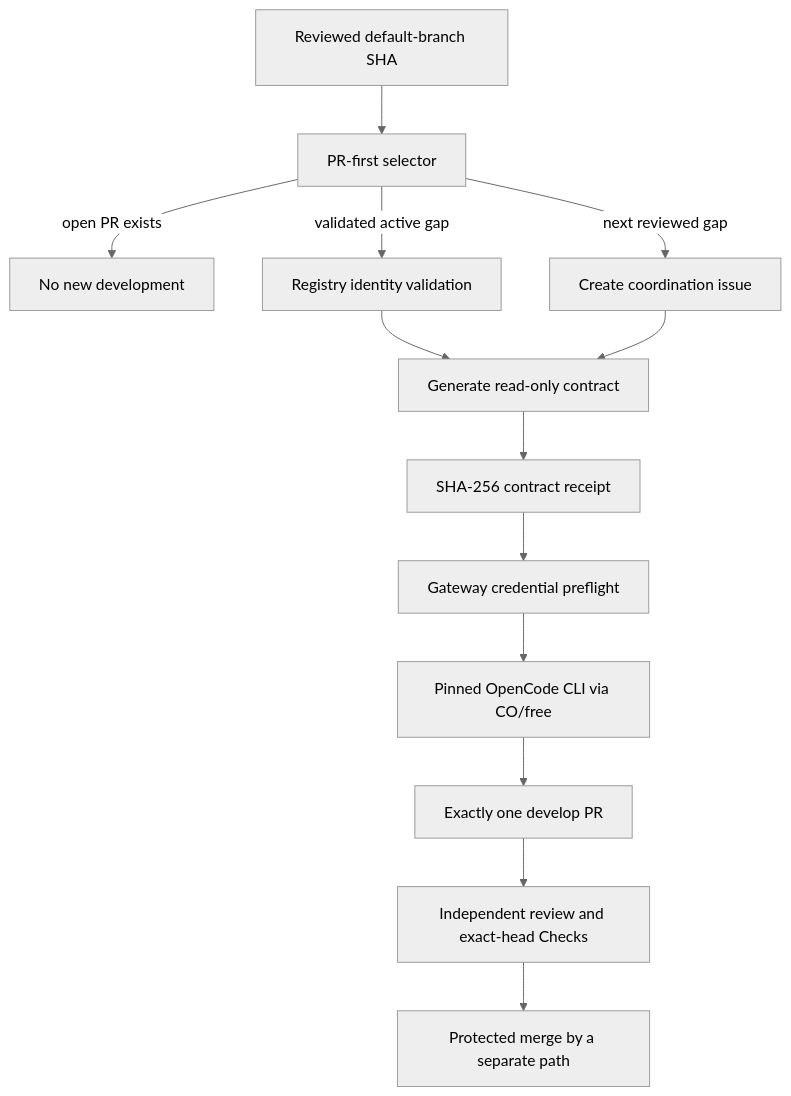
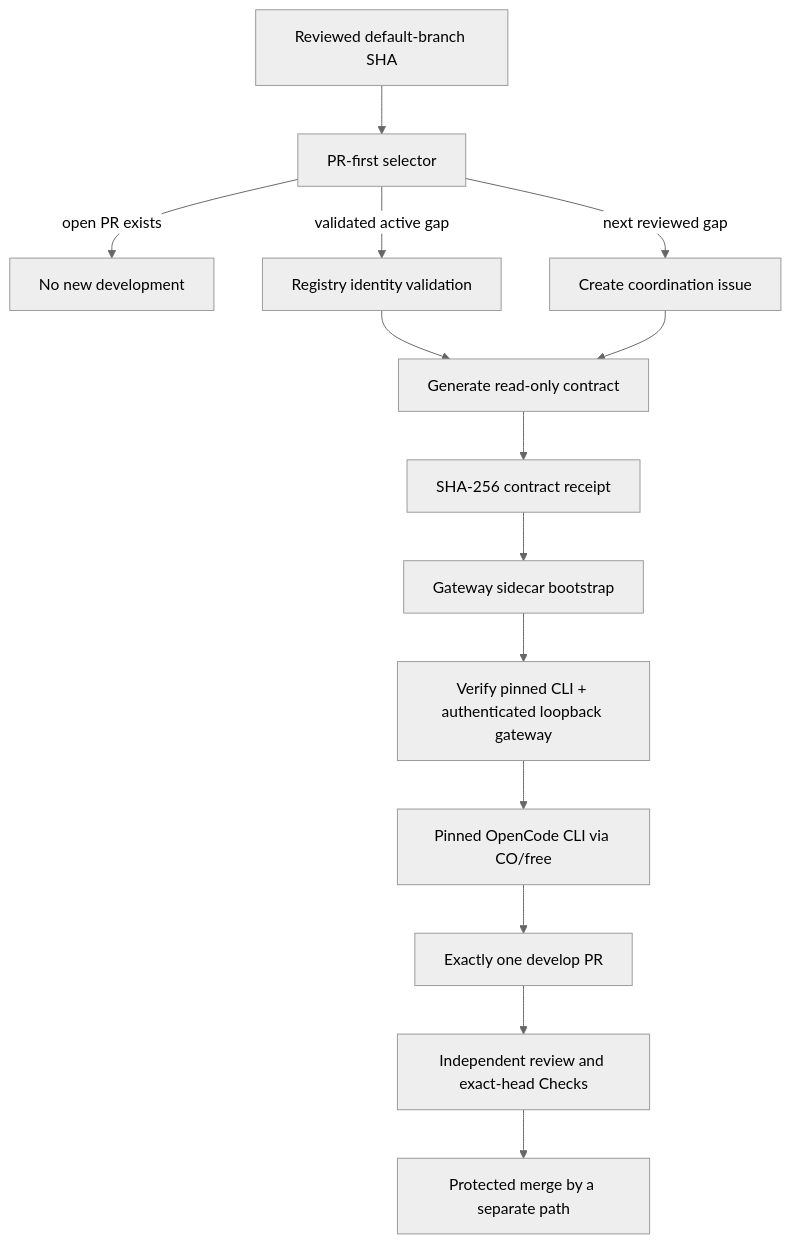
Before and after one commit to ContextualWisdomLab/appguardrail: the diagram in docs/opencode-commercial-readiness-agent.md, drawn with Mermaid (neutral theme). The commit also changed other lines of this file, not shown here.

Commit message:
docs(ci): align operator guide with non-cancelling gateway policy

````diff
--- a/docs/opencode-commercial-readiness-agent.md
+++ b/docs/opencode-commercial-readiness-agent.md
@@ -35,15 +37,16 @@
 ```mermaid
 flowchart TD
     A[Reviewed default-branch SHA] --> B[PR-first selector]
     B -->|open PR exists| C[No new development]
     B -->|validated active gap| D[Registry identity validation]
     B -->|next reviewed gap| E[Create coordination issue]
     D --> F[Generate read-only contract]
     E --> F
     F --> G[SHA-256 contract receipt]
-    G --> H[Gateway credential preflight]
-    H --> I[Pinned OpenCode CLI via CO/free]
-    I --> J[Exactly one develop PR]
-    J --> K[Independent review and exact-head Checks]
-    K --> L[Protected merge by a separate path]
+    G --> H[Gateway sidecar bootstrap]
+    H --> I[Verify pinned CLI + authenticated loopback gateway]
+    I --> J[Pinned OpenCode CLI via CO/free]
+    J --> K[Exactly one develop PR]
+    K --> L[Independent review and exact-head Checks]
+    L --> M[Protected merge by a separate path]
 ```
````
